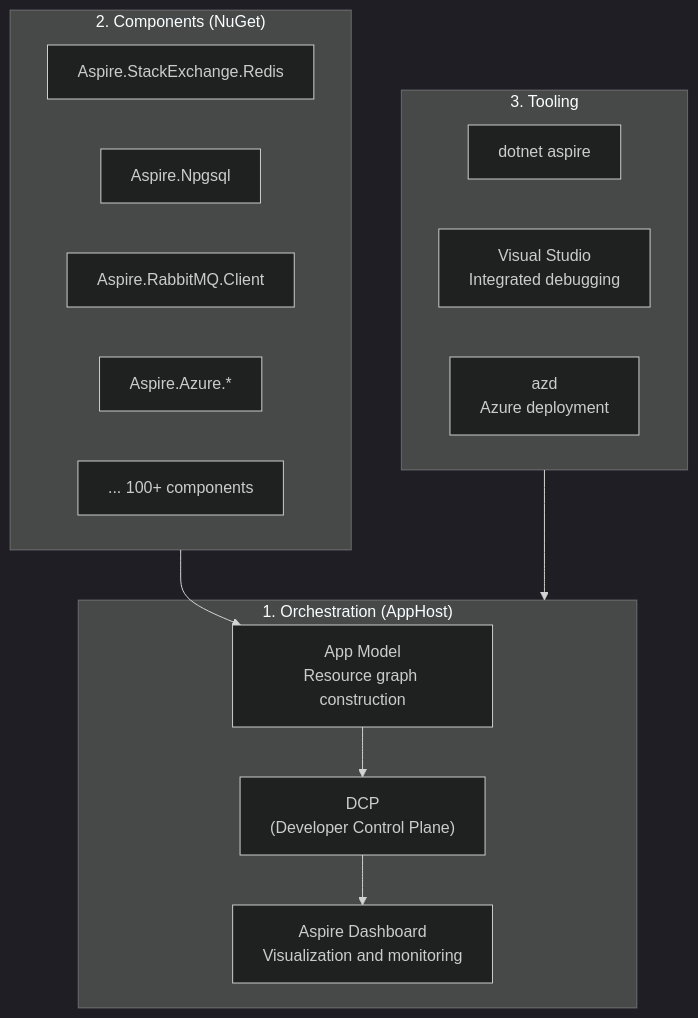
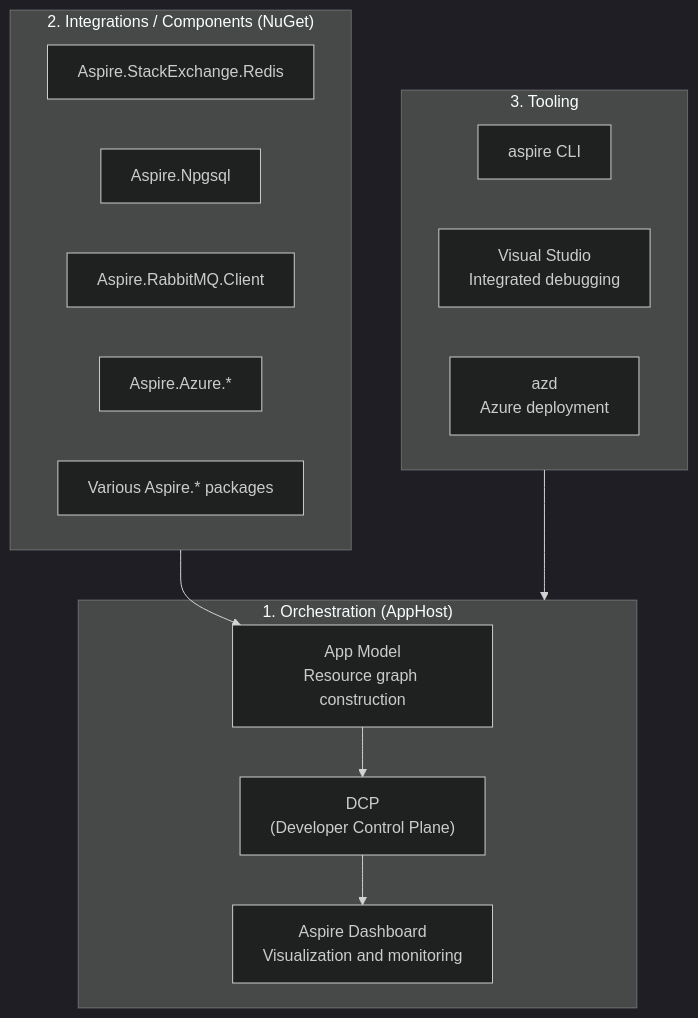
The first of 18 diagrams in content/blog/en/dotnet-aspire.mdx (yoichiozaki/yoichiozaki.github.io), drawn with Mermaid (dark theme) before and after one commit. The commit also changed other lines of this file and 88 other files, not shown here.

````diff
--- a/content/blog/en/dotnet-aspire.mdx
+++ b/content/blog/en/dotnet-aspire.mdx
@@ -39,27 +39,27 @@
 ```mermaid
 graph TD
     subgraph Orchestration["1. Orchestration (AppHost)"]
         AppModel["App Model<br/>Resource graph construction"]
         DCS["DCP<br/>(Developer Control Plane)"]
         Dashboard["Aspire Dashboard<br/>Visualization and monitoring"]
     end
 
-    subgraph Components["2. Components (NuGet)"]
+    subgraph Components["2. Integrations / Components (NuGet)"]
         Redis["Aspire.StackExchange.Redis"]
         Postgres["Aspire.Npgsql"]
         RabbitMQ["Aspire.RabbitMQ.Client"]
         Azure["Aspire.Azure.*"]
-        More["... 100+ components"]
+        More["Various Aspire.* packages"]
     end
 
     subgraph Tooling["3. Tooling"]
-        CLI["dotnet aspire"]
+        CLI["aspire CLI"]
         VS["Visual Studio<br/>Integrated debugging"]
         AZD["azd<br/>Azure deployment"]
     end
 
     AppModel --> DCS
     DCS --> Dashboard
     Components --> AppModel
     Tooling --> Orchestration
 ```
````
